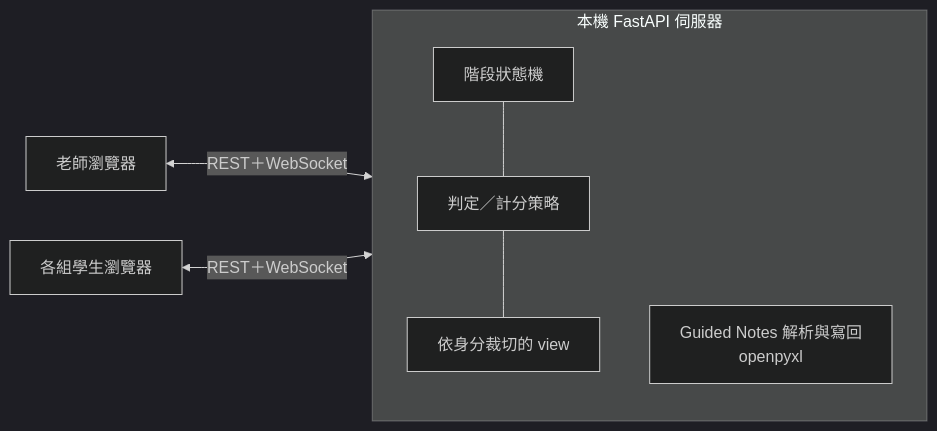
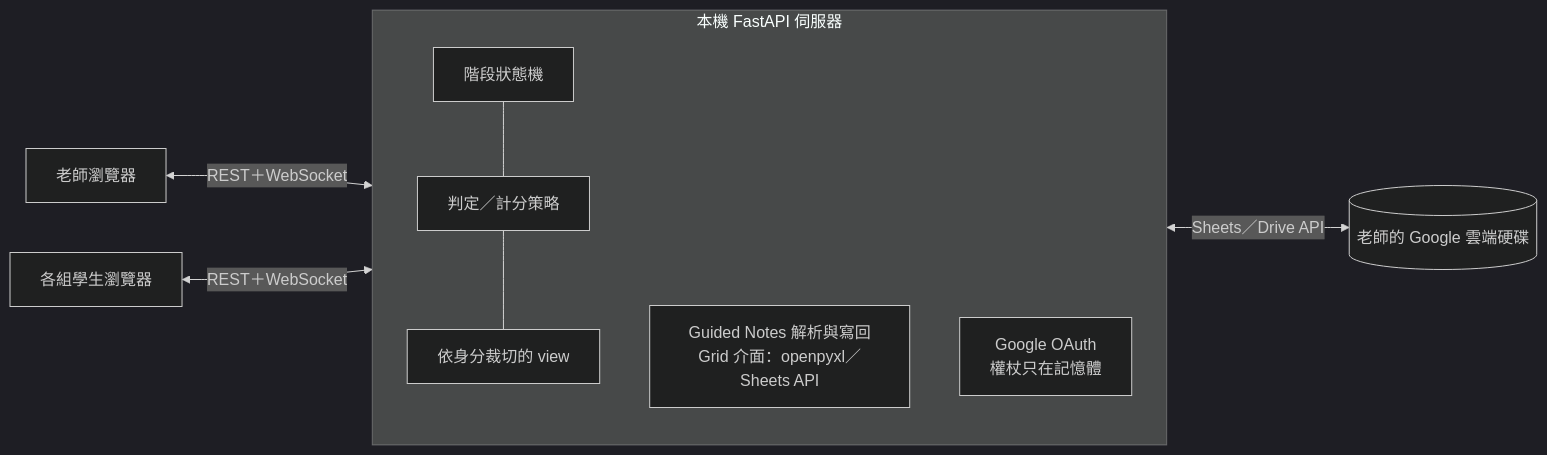
One commit to yue083139/software_fin-speckit changed the second of 2 diagrams in docs/product-trd.md. Above: the diagram before and after it, drawn with Mermaid (dark theme). The commit also changed other lines of this file and 38 other files, not shown here.

First line of the commit message:
feat(server,web): [CORE] 010-guided-notes-sheets-sync 實作——直接串接雲端 Google Sheets 讀寫

````diff
--- a/docs/product-trd.md
+++ b/docs/product-trd.md
@@ -64,10 +64,12 @@
 ```mermaid
 flowchart LR
   T[老師瀏覽器] <-- REST＋WebSocket --> S
   St[各組學生瀏覽器] <-- REST＋WebSocket --> S
   subgraph S[本機 FastAPI 伺服器]
     P[階段狀態機] --- J[判定／計分策略]
     J --- V[依身分裁切的 view]
-    G[Guided Notes 解析與寫回<br/>openpyxl]
+    G[Guided Notes 解析與寫回<br/>Grid 介面：openpyxl／Sheets API]
+    GA[Google OAuth<br/>權杖只在記憶體]
   end
+  S <-- Sheets／Drive API --> GG[(老師的 Google 雲端硬碟)]
 ```
````
